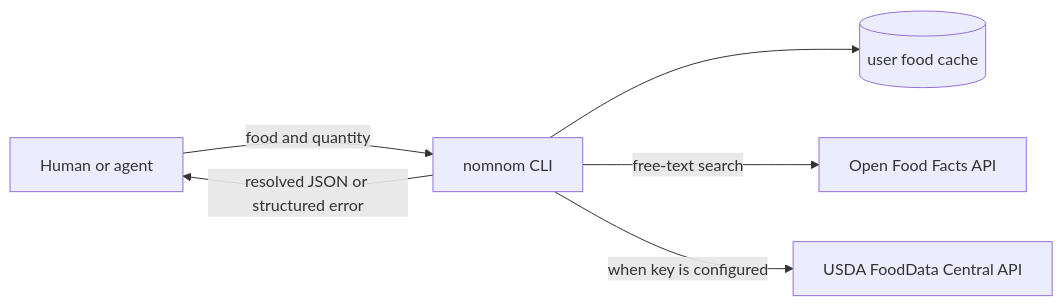
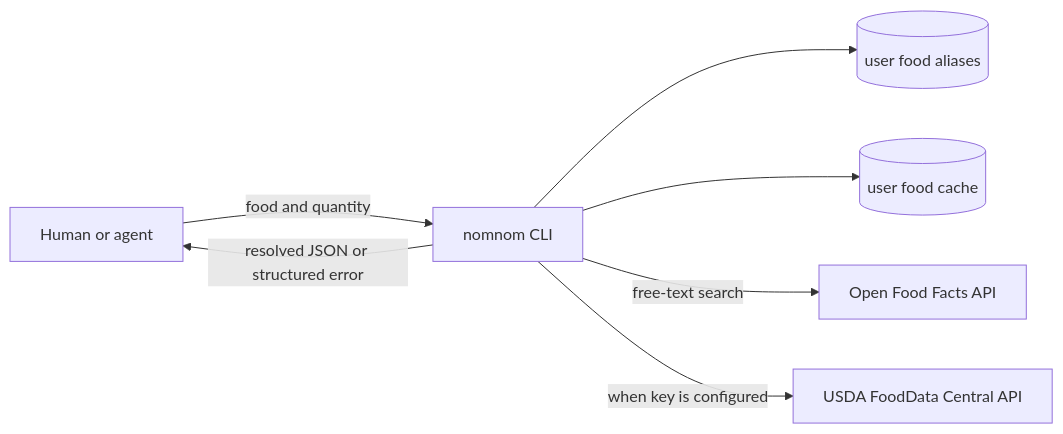
One commit to maxjustships/nomnomcli changed the diagram in README.md. Above: the diagram before and after it, drawn with Mermaid. The commit also changed other lines of this file and 10 other files, not shown here.

Commit message:
feat: add user-scoped food aliases

````diff
--- a/README.md
+++ b/README.md
@@ -13,8 +13,9 @@
 ```mermaid
 flowchart LR
     A[Human or agent] -->|food and quantity| N[nomnom CLI]
+    N --> L[(user food aliases)]
     N --> C[(user food cache)]
     N -->|free-text search| O[Open Food Facts API]
     N -->|when key is configured| U[USDA FoodData Central API]
     N -->|resolved JSON or structured error| A
 ```
````
